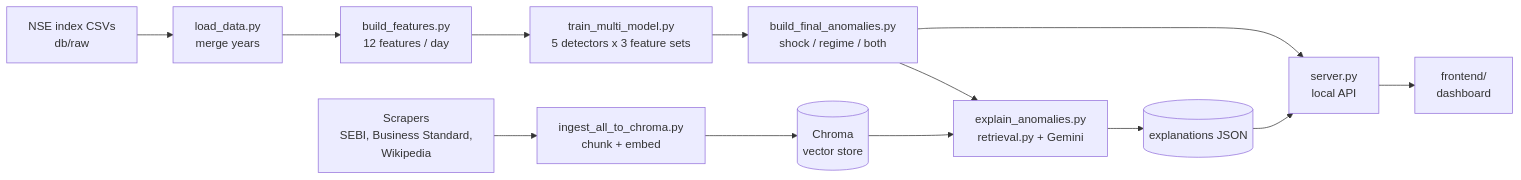
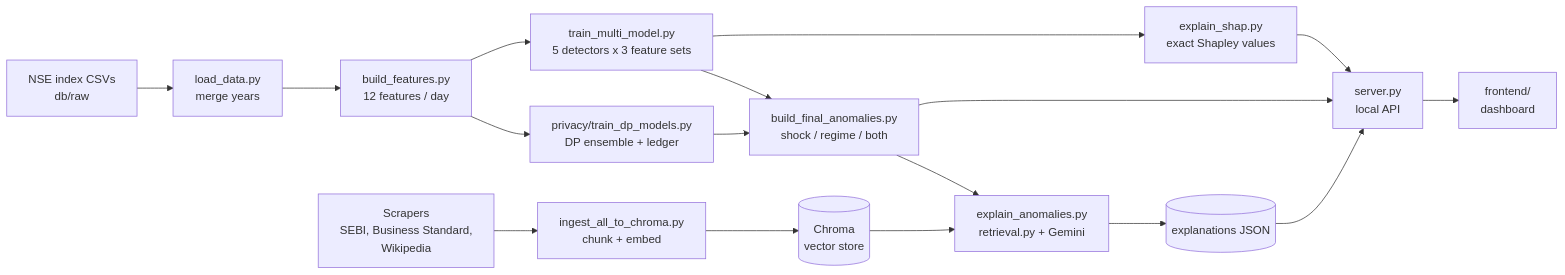
The diagram in README.md (Karthikeya0008/nse-anomaly-rag), drawn with Mermaid before and after one commit. The commit also changed other lines of this file and 17 other files, not shown here.

First line of the commit message:
Add differential privacy layer and SHAP explainability

````diff
--- a/README.md
+++ b/README.md
@@ -40,15 +44,19 @@
 ```mermaid
 flowchart LR
     A[NSE index CSVs<br/>db/raw] --> B[load_data.py<br/>merge years]
     B --> C[build_features.py<br/>12 features / day]
     C --> D[train_multi_model.py<br/>5 detectors x 3 feature sets]
     D --> E[build_final_anomalies.py<br/>shock / regime / both]
+    D --> H[explain_shap.py<br/>exact Shapley values]
+    C --> P[privacy/train_dp_models.py<br/>DP ensemble + ledger]
+    P --> E
+    H --> W
     S[Scrapers<br/>SEBI, Business Standard,<br/>Wikipedia] --> I[ingest_all_to_chroma.py<br/>chunk + embed]
     I --> V[(Chroma<br/>vector store)]
     E --> X[explain_anomalies.py<br/>retrieval.py + Gemini]
     V --> X
     X --> J[(explanations JSON)]
     E --> W[server.py<br/>local API]
     J --> W
     W --> F[frontend/<br/>dashboard]
 ```
````
